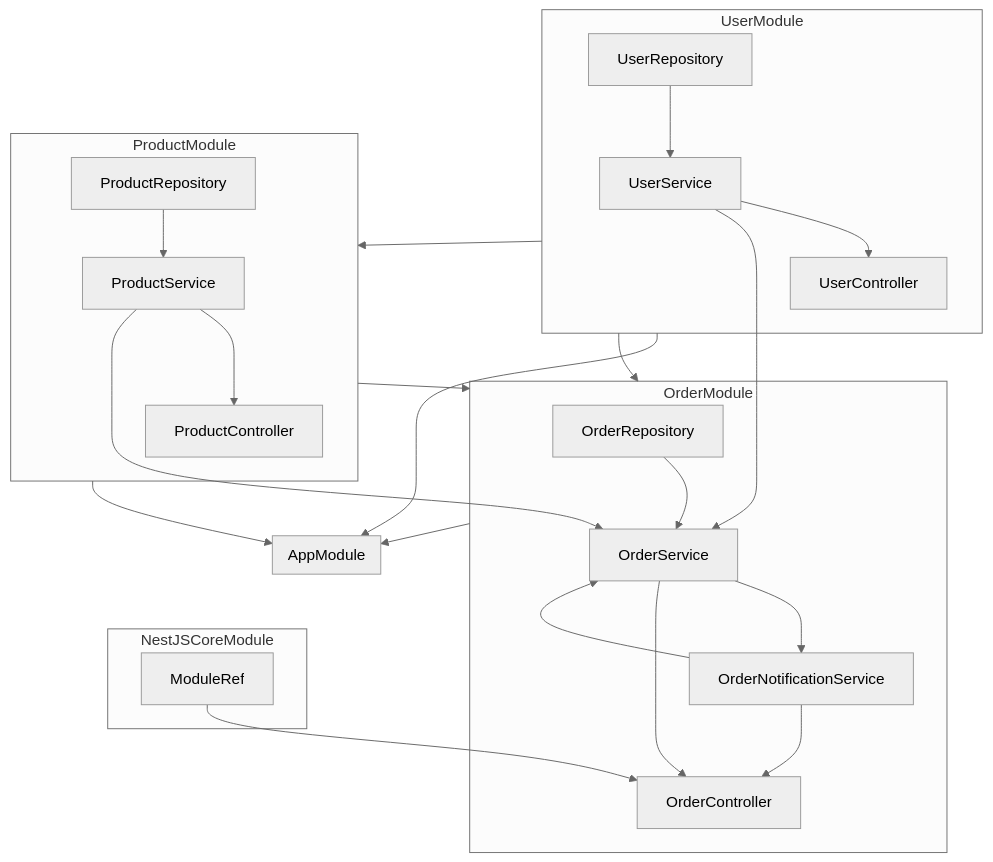
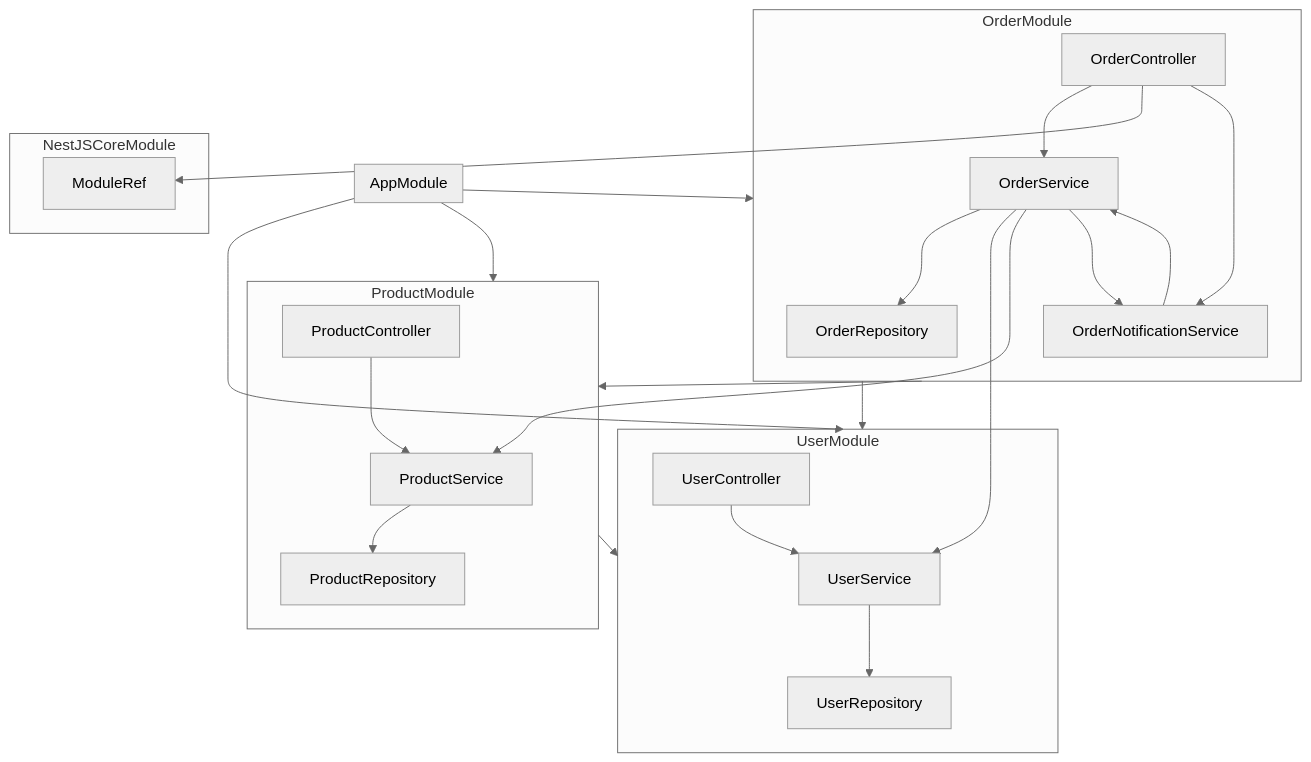
One commit to albasyir/nest-graph-inspector changed the diagram in site/public/mock-graph/output.md. Above: the diagram before and after it, drawn with Mermaid (neutral theme). The commit also changed other lines of this file and 12 other files, not shown here.

````diff
--- a/site/public/mock-graph/output.md
+++ b/site/public/mock-graph/output.md
@@ -6,43 +3,43 @@
 ```mermaid
 graph TD
 
   subgraph module_group_AppModule["AppModule"]
   end
   subgraph module_group_UserModule["UserModule"]
     provider_UserModule_UserService["UserService"]
     provider_UserModule_UserRepository["UserRepository"]
     controller_UserModule_UserController["UserController"]
   end
   subgraph module_group_ProductModule["ProductModule"]
     provider_ProductModule_ProductService["ProductService"]
     provider_ProductModule_ProductRepository["ProductRepository"]
     controller_ProductModule_ProductController["ProductController"]
   end
   subgraph module_group_OrderModule["OrderModule"]
     provider_OrderModule_OrderRepository["OrderRepository"]
     provider_OrderModule_OrderService["OrderService"]
     provider_OrderModule_OrderNotificationService["OrderNotificationService"]
     controller_OrderModule_OrderController["OrderController"]
   end
   subgraph module_group_NestJSCoreModule["NestJSCoreModule"]
     provider_NestJSCoreModule_ModuleRef["ModuleRef"]
   end
-  module_group_UserModule --> module_group_AppModule
-  module_group_ProductModule --> module_group_AppModule
-  module_group_OrderModule --> module_group_AppModule
-  provider_UserModule_UserRepository --> provider_UserModule_UserService
-  provider_UserModule_UserService --> controller_UserModule_UserController
-  module_group_UserModule --> module_group_ProductModule
-  provider_ProductModule_ProductRepository --> provider_ProductModule_ProductService
-  provider_ProductModule_ProductService --> controller_ProductModule_ProductController
-  module_group_UserModule --> module_group_OrderModule
-  module_group_ProductModule --> module_group_OrderModule
-  provider_OrderModule_OrderRepository --> provider_OrderModule_OrderService
-  provider_UserModule_UserService --> provider_OrderModule_OrderService
-  provider_ProductModule_ProductService --> provider_OrderModule_OrderService
+  module_group_AppModule --> module_group_UserModule
+  module_group_AppModule --> module_group_ProductModule
+  module_group_AppModule --> module_group_OrderModule
+  provider_UserModule_UserService --> provider_UserModule_UserRepository
+  controller_UserModule_UserController --> provider_UserModule_UserService
+  module_group_ProductModule --> module_group_UserModule
+  provider_ProductModule_ProductService --> provider_ProductModule_ProductRepository
+  controller_ProductModule_ProductController --> provider_ProductModule_ProductService
+  module_group_OrderModule --> module_group_UserModule
+  module_group_OrderModule --> module_group_ProductModule
+  provider_OrderModule_OrderService --> provider_OrderModule_OrderRepository
+  provider_OrderModule_OrderService --> provider_UserModule_UserService
+  provider_OrderModule_OrderService --> provider_ProductModule_ProductService
+  provider_OrderModule_OrderService --> provider_OrderModule_OrderNotificationService
   provider_OrderModule_OrderNotificationService --> provider_OrderModule_OrderService
-  provider_OrderModule_OrderService --> provider_OrderModule_OrderNotificationService
-  provider_OrderModule_OrderService --> controller_OrderModule_OrderController
-  provider_NestJSCoreModule_ModuleRef --> controller_OrderModule_OrderController
-  provider_OrderModule_OrderNotificationService --> controller_OrderModule_OrderController
+  controller_OrderModule_OrderController --> provider_OrderModule_OrderService
+  controller_OrderModule_OrderController --> provider_NestJSCoreModule_ModuleRef
+  controller_OrderModule_OrderController --> provider_OrderModule_OrderNotificationService
 ```
````
